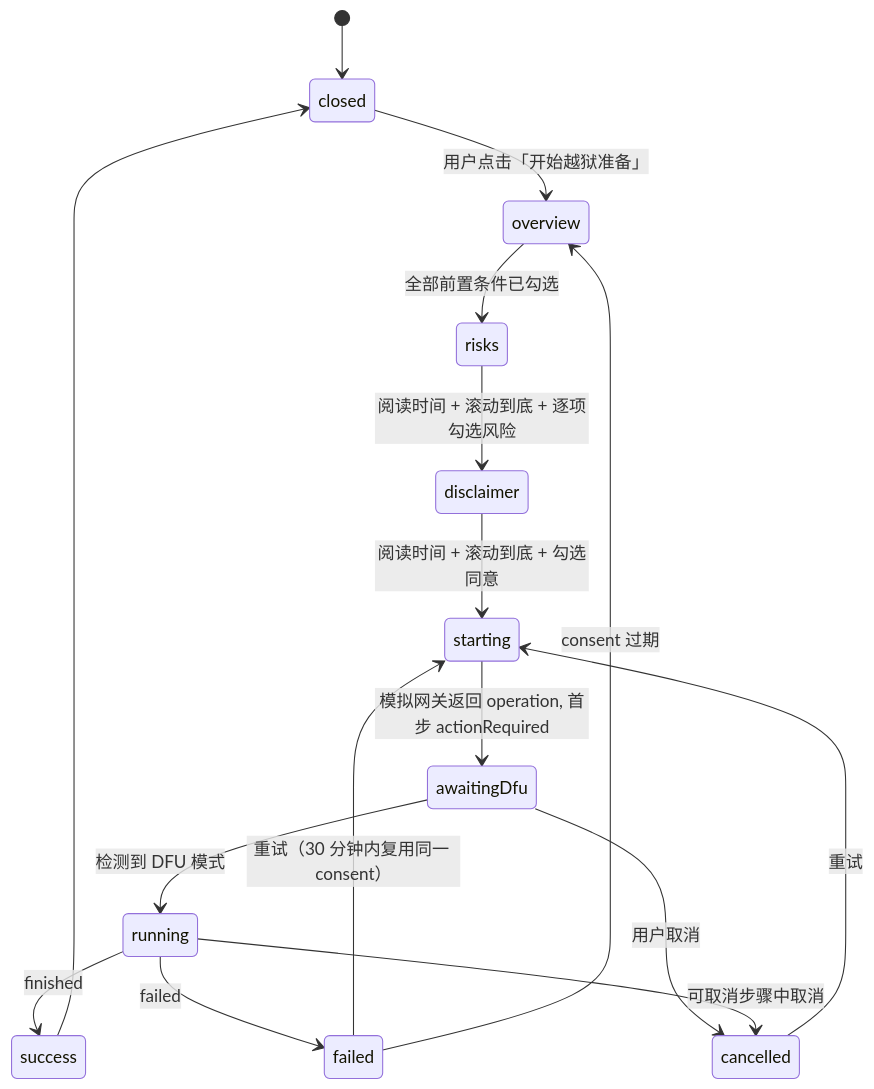
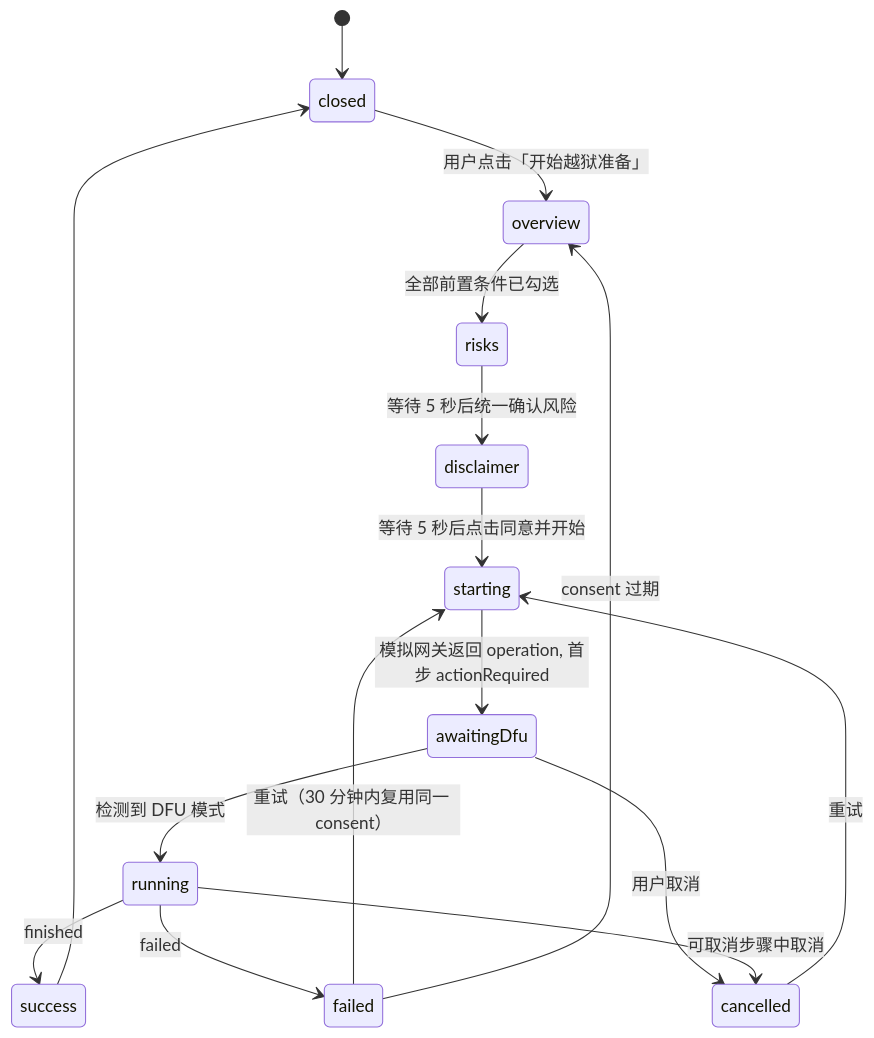
The diagram in docs/device-preparation-flow.md (pocket-stack/pocket-studio), drawn with Mermaid before and after one commit. The commit also changed other lines of this file and 26 other files, not shown here.

````diff
--- a/docs/device-preparation-flow.md
+++ b/docs/device-preparation-flow.md
@@ -22,18 +22,18 @@
 ```mermaid
 stateDiagram-v2
     [*] --> closed
     closed --> overview: 用户点击「开始越狱准备」
     overview --> risks: 全部前置条件已勾选
-    risks --> disclaimer: 阅读时间 + 滚动到底 + 逐项勾选风险
-    disclaimer --> starting: 阅读时间 + 滚动到底 + 勾选同意
+    risks --> disclaimer: 等待 5 秒后统一确认风险
+    disclaimer --> starting: 等待 5 秒后点击同意并开始
     starting --> awaitingDfu: 模拟网关返回 operation, 首步 actionRequired
     awaitingDfu --> running: 检测到 DFU 模式
     awaitingDfu --> cancelled: 用户取消
     running --> success: finished
     running --> failed: failed
     running --> cancelled: 可取消步骤中取消
     failed --> starting: 重试（30 分钟内复用同一 consent）
     failed --> overview: consent 过期
     success --> closed
     cancelled --> starting: 重试
 ```
````
